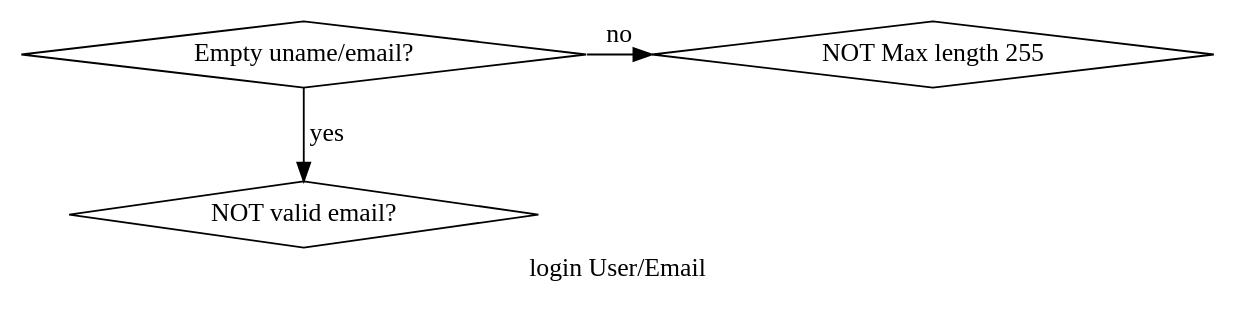
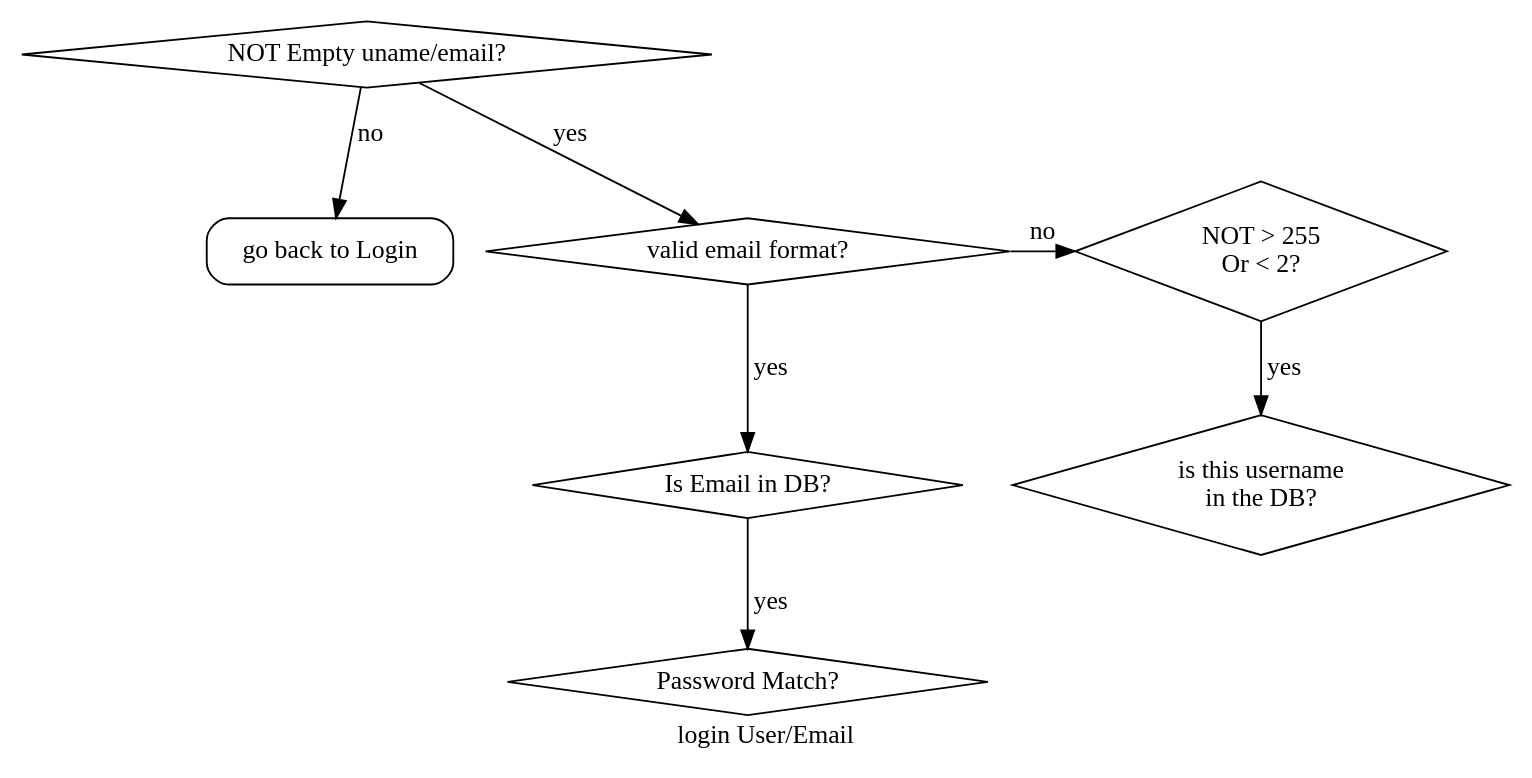
The diagram in app/flowChartTst.dot (mbrick02/PHPMBBlog), drawn with Graphviz before and after one commit. The commit also changed 3 other files, not shown here.

Commit message:
AuthController:findUser User:verifyUser

```diff
--- a/app/flowChartTst.dot
+++ b/app/flowChartTst.dot
@@ -1,17 +1,41 @@
 digraph {
     label="login User/Email";
+    /* node[shape="parallelogram", style=""]
+       ?input[label="Return to\nLogin"]; */
+    node[shape="box", style="rounded"]
+      backToLogin[label="go back to Login"];
 
     node[shape="diamond", style=""]
-        empty_d[label="Empty uname/email?"];
-        xvalemail_d[label="NOT valid email?"];
-        xHasLenMax255[label="NOT Max length 255"];
-    /* node[shape="box", style="rounded"]
-       end[label="Check\nPassword"];
-    node[shape="parallelogram", style=""]
-       input[label="Return to\nLogin"]; */
+        xEmpty_d[label="NOT Empty uname/email?"];
+        emailFormat[label="valid email format?"];
+        emailFound[label="Is Email in DB?"];
+        pw[label="Password Match?"];
+        less255Mor2[label="NOT > 255 \nOr < 2?"];
+        isDBUName[label="is this username\nin the DB?"];
 
-    empty_d -> xvalemail_d[label="yes"];
-    empty_d -> xHasLenMax255[label="no"];
 
-    {rank=same; empty_d xHasLenMax255}
+    /***  if (!empty($unameOREmail)) { // 1st test not empty
+      if (has_valid_email_format($unameOREmail)) {
+        // lookup Email
+        echo "Lookup email in AuthController:login";
+        die;
+      } else {  // validate User
+        $validUser = User::verifyUser($unameOREmail, $pw);
+        echo "Valid User in AuthController:login";
+        die; }
+    }xxxxx elseif (!has_length(static::$columns['email'], array('max' => 255))) {
+      $this->errors[] = "Last name must be less than 255 characters.";
+    }xxxxx elseif (!has_valid_email_format(static::$columns['email'])) { ****   */
+
+    xEmpty_d -> emailFormat[label="yes"];
+    xEmpty_d -> backToLogin[label="no"];
+
+    emailFormat -> emailFound[label="yes"];
+    emailFormat -> less255Mor2[label="no"];
+
+    less255Mor2 -> isDBUName[label="yes"]
+
+    emailFound -> pw[label="yes"];
+
+    {rank=same; emailFormat, less255Mor2}
 }
```
